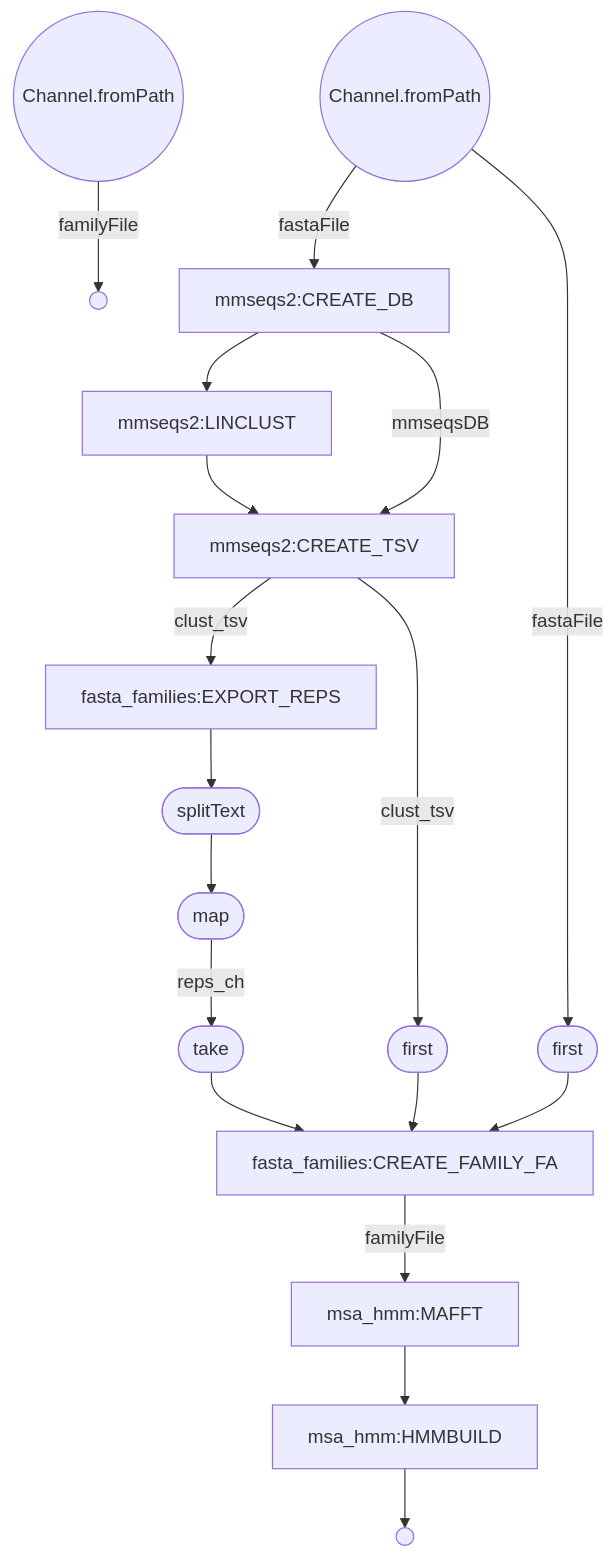
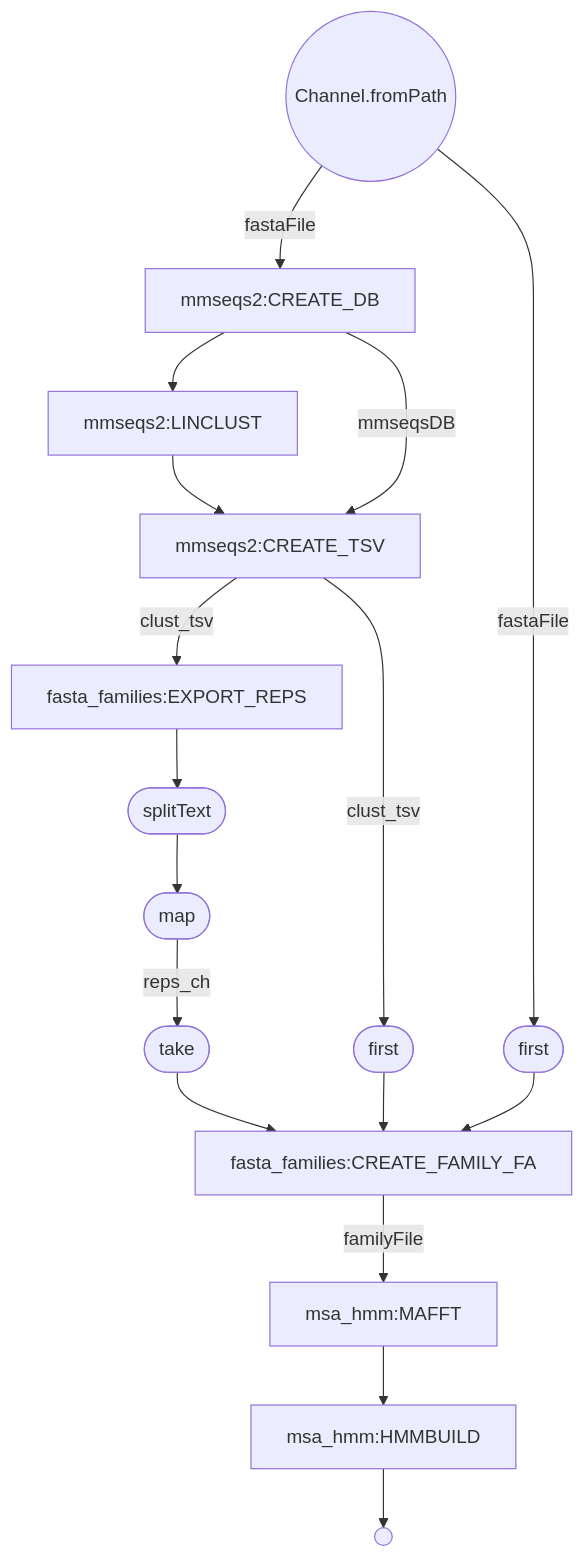
One commit to EBI-Metagenomics/mgnifams changed the diagram in flowchart.mmd. Above: the diagram before and after it, drawn with Mermaid. The commit also changed 1 other file, not shown here.

Commit message:
removed unused channel

```diff
--- a/flowchart.mmd
+++ b/flowchart.mmd
@@ -1,34 +1,31 @@
 flowchart TD
     p0((Channel.fromPath))
-    p1((Channel.fromPath))
-    p2(( ))
-    p3[mmseqs2:CREATE_DB]
-    p4[mmseqs2:LINCLUST]
-    p5[mmseqs2:CREATE_TSV]
-    p6[fasta_families:EXPORT_REPS]
-    p7([splitText])
-    p8([map])
-    p9([first])
-    p10([first])
-    p11([take])
-    p12[fasta_families:CREATE_FAMILY_FA]
-    p13[msa_hmm:MAFFT]
-    p14[msa_hmm:HMMBUILD]
-    p15(( ))
-    p0 -->|fastaFile| p3
-    p1 -->|familyFile| p2
-    p3 --> p4
+    p1[mmseqs2:CREATE_DB]
+    p2[mmseqs2:LINCLUST]
+    p3[mmseqs2:CREATE_TSV]
+    p4[fasta_families:EXPORT_REPS]
+    p5([splitText])
+    p6([map])
+    p7([first])
+    p8([first])
+    p9([take])
+    p10[fasta_families:CREATE_FAMILY_FA]
+    p11[msa_hmm:MAFFT]
+    p12[msa_hmm:HMMBUILD]
+    p13(( ))
+    p0 -->|fastaFile| p1
+    p1 --> p2
+    p2 --> p3
+    p1 -->|mmseqsDB| p3
+    p3 -->|clust_tsv| p4
     p4 --> p5
-    p3 -->|mmseqsDB| p5
-    p5 -->|clust_tsv| p6
-    p6 --> p7
-    p7 --> p8
-    p8 -->|reps_ch| p11
-    p5 -->|clust_tsv| p9
-    p9 --> p12
-    p0 -->|fastaFile| p10
-    p10 --> p12
+    p5 --> p6
+    p6 -->|reps_ch| p9
+    p3 -->|clust_tsv| p7
+    p7 --> p10
+    p0 -->|fastaFile| p8
+    p8 --> p10
+    p9 --> p10
+    p10 -->|familyFile| p11
     p11 --> p12
-    p12 -->|familyFile| p13
-    p13 --> p14
-    p14 --> p15
+    p12 --> p13
```
